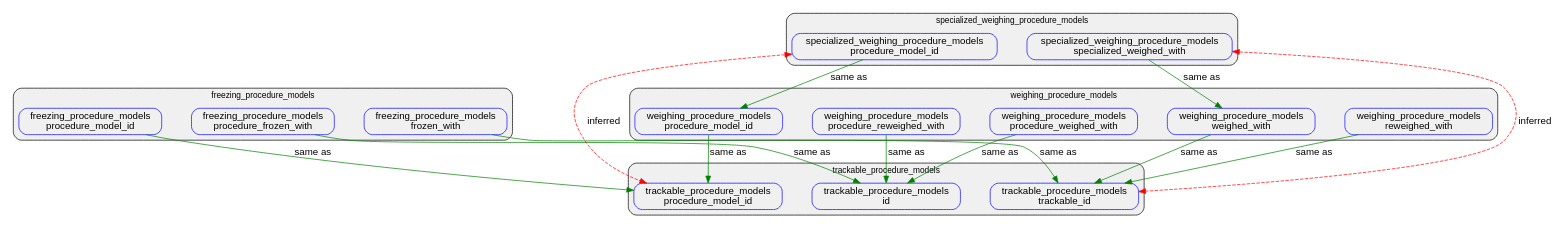
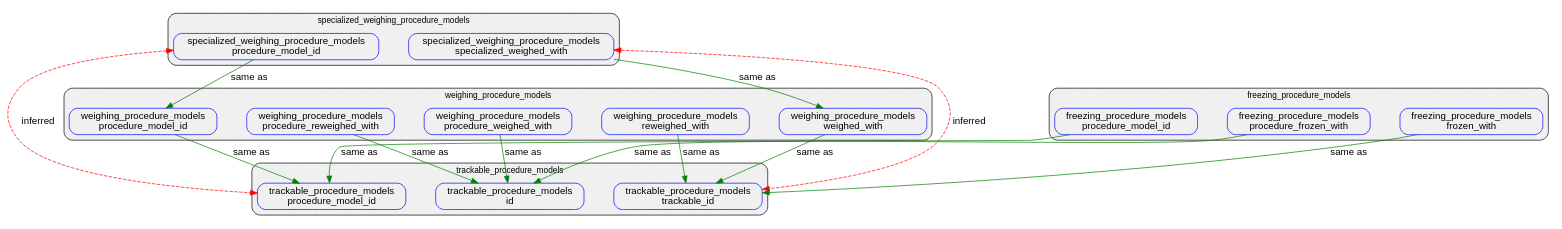
One commit to earth-metabolome-initiative/emi-monorepo changed the diagram in web/web_common/webcodegen/test_inserted_alongside.dot. Above: the diagram before and after it, drawn with Graphviz. The commit also changed other lines of this file and 441 other files, not shown here.

```diff
--- a/web/web_common/webcodegen/test_inserted_alongside.dot
+++ b/web/web_common/webcodegen/test_inserted_alongside.dot
@@ -1,58 +1,58 @@
 digraph ColumnSameAsNetwork {
 graph [
             fontname="Helvetica",
             fontsize=12,
             bgcolor=white,
             splines=true,
             nodesep=0.6,
             concentrate=true,
             compound=true,
         ];
 node [shape=box, style=rounded, fontname="Helvetica"];
 edge [fontname="Helvetica"];
-subgraph cluster_freezing_procedure_models {
-  C0 [color="blue", fillcolor="#ffffff", label="freezing_procedure_models\nfrozen_with"];
-  C1 [color="blue", fillcolor="#ffffff", label="freezing_procedure_models\nprocedure_frozen_with"];
-  C2 [color="blue", fillcolor="#ffffff", label="freezing_procedure_models\nprocedure_model_id"];
-  label="freezing_procedure_models";
-  style="filled, rounded";
-  fillcolor="#f0f0f0";
-}
 subgraph cluster_trackable_procedure_models {
   C6 [color="blue", fillcolor="#ffffff", label="trackable_procedure_models\nid"];
   C7 [color="blue", fillcolor="#ffffff", label="trackable_procedure_models\nprocedure_model_id"];
   C8 [color="blue", fillcolor="#ffffff", label="trackable_procedure_models\ntrackable_id"];
   label="trackable_procedure_models";
+  style="filled, rounded";
+  fillcolor="#f0f0f0";
+}
+subgraph cluster_weighing_procedure_models {
+  C11 [color="blue", fillcolor="#ffffff", label="weighing_procedure_models\nprocedure_model_id"];
+  C12 [color="blue", fillcolor="#ffffff", label="weighing_procedure_models\nprocedure_reweighed_with"];
+  C13 [color="blue", fillcolor="#ffffff", label="weighing_procedure_models\nprocedure_weighed_with"];
+  C14 [color="blue", fillcolor="#ffffff", label="weighing_procedure_models\nreweighed_with"];
+  C15 [color="blue", fillcolor="#ffffff", label="weighing_procedure_models\nweighed_with"];
+  label="weighing_procedure_models";
   style="filled, rounded";
   fillcolor="#f0f0f0";
 }
 subgraph cluster_specialized_weighing_procedure_models {
   C4 [color="blue", fillcolor="#ffffff", label="specialized_weighing_procedure_models\nprocedure_model_id"];
   C5 [color="blue", fillcolor="#ffffff", label="specialized_weighing_procedure_models\nspecialized_weighed_with"];
   label="specialized_weighing_procedure_models";
   style="filled, rounded";
   fillcolor="#f0f0f0";
 }
-subgraph cluster_weighing_procedure_models {
-  C11 [color="blue", fillcolor="#ffffff", label="weighing_procedure_models\nprocedure_model_id"];
-  C12 [color="blue", fillcolor="#ffffff", label="weighing_procedure_models\nprocedure_reweighed_with"];
-  C13 [color="blue", fillcolor="#ffffff", label="weighing_procedure_models\nprocedure_weighed_with"];
-  C14 [color="blue", fillcolor="#ffffff", label="weighing_procedure_models\nreweighed_with"];
-  C15 [color="blue", fillcolor="#ffffff", label="weighing_procedure_models\nweighed_with"];
-  label="weighing_procedure_models";
+subgraph cluster_freezing_procedure_models {
+  C0 [color="blue", fillcolor="#ffffff", label="freezing_procedure_models\nfrozen_with"];
+  C1 [color="blue", fillcolor="#ffffff", label="freezing_procedure_models\nprocedure_frozen_with"];
+  C2 [color="blue", fillcolor="#ffffff", label="freezing_procedure_models\nprocedure_model_id"];
+  label="freezing_procedure_models";
   style="filled, rounded";
   fillcolor="#f0f0f0";
 }
   C0 -> C8 [color="green", label="same as"];
   C1 -> C6 [color="green", label="same as"];
   C2 -> C7 [color="green", label="same as"];
   C4 -> C11 [color="green", label="same as"];
   C5 -> C15 [color="green", label="same as"];
   C11 -> C7 [color="green", label="same as"];
   C12 -> C6 [color="green", label="same as"];
   C13 -> C6 [color="green", label="same as"];
   C14 -> C8 [color="green", label="same as"];
   C15 -> C8 [color="green", label="same as"];
   C4 -> C7 [dir="both", color="red", label="inferred", style=dashed];
   C5 -> C8 [dir="both", color="red", label="inferred", style=dashed];
 }
```
